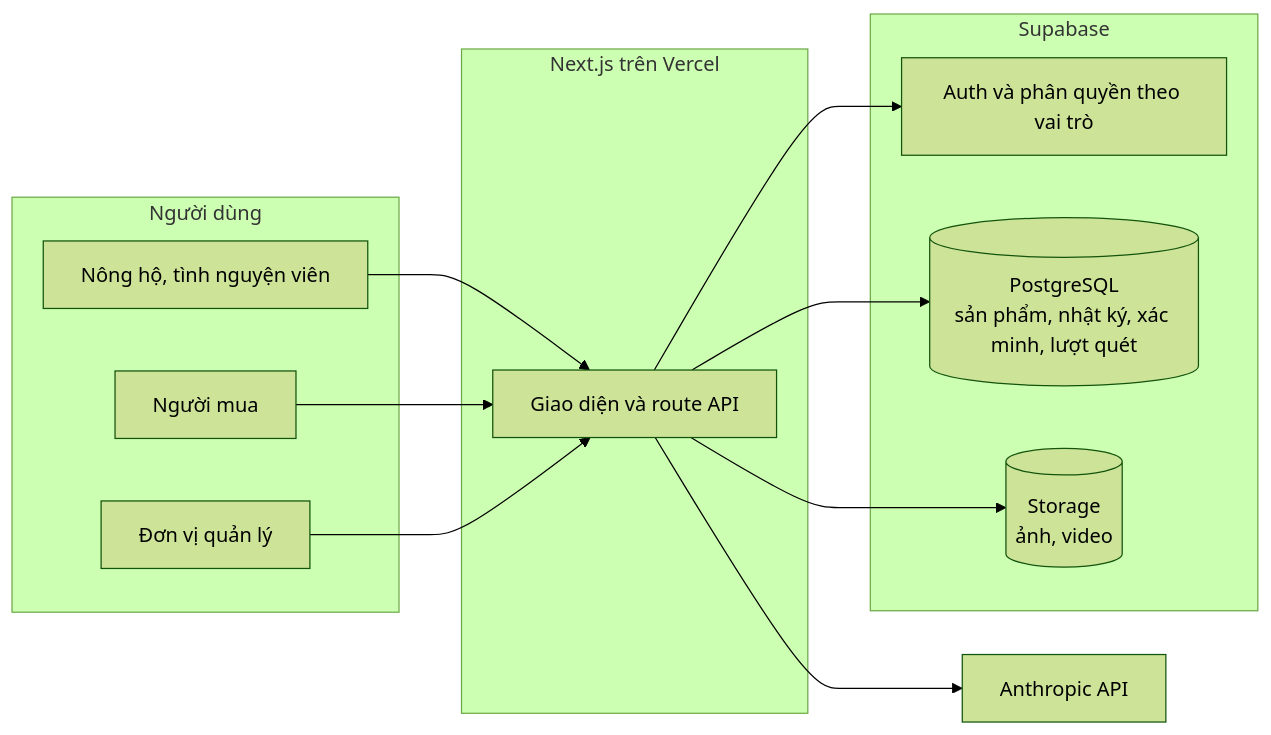
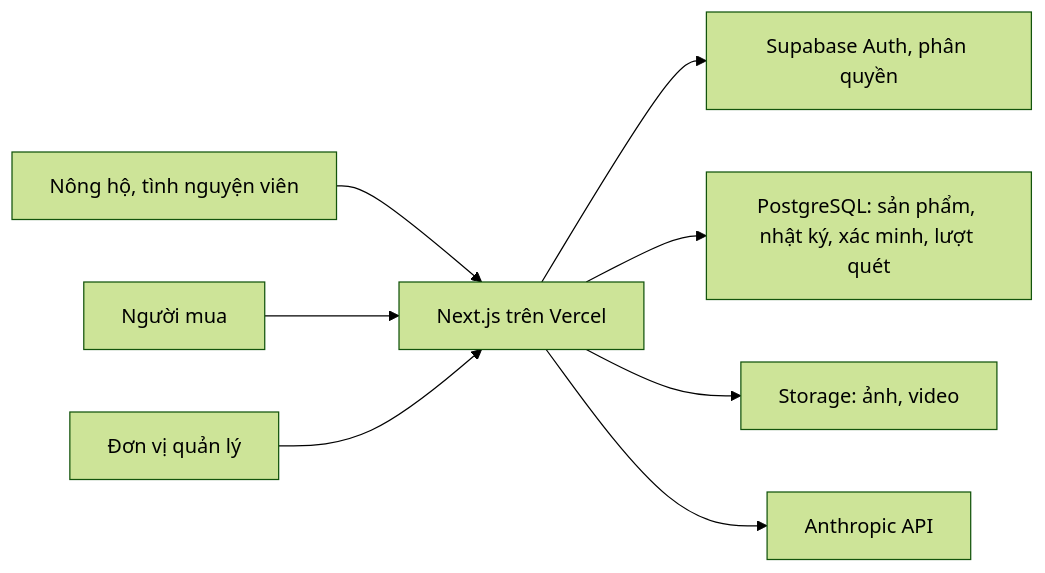
Before and after one commit to thao1123lls-code/ocop-passport: the fifth of 5 diagrams in README.md, drawn with Mermaid (forest theme). The commit also changed other lines of this file, not shown here.

````diff
--- a/README.md
+++ b/README.md
@@ -230,24 +209,10 @@
 ```mermaid
 flowchart LR
-  subgraph CLIENT["Người dùng"]
-    F1["Nông hộ, tình nguyện viên"]
-    F2["Người mua"]
-    F3["Đơn vị quản lý"]
-  end
-  subgraph NEXT["Next.js trên Vercel"]
-    W["Giao diện và route API"]
-  end
-  subgraph SB["Supabase"]
-    AU["Auth và phân quyền theo vai trò"]
-    DB[("PostgreSQL<br/>sản phẩm, nhật ký, xác minh, lượt quét")]
-    SG[("Storage<br/>ảnh, video")]
-  end
-  LLM["Anthropic API"]
-  F1 --> W
-  F2 --> W
-  F3 --> W
-  W --> AU
-  W --> DB
-  W --> SG
-  W --> LLM
+  F1["Nông hộ, tình nguyện viên"] --> W["Next.js trên Vercel"]
+  F2["Người mua"] --> W
+  F3["Đơn vị quản lý"] --> W
+  W --> AU["Supabase Auth, phân quyền"]
+  W --> DB["PostgreSQL: sản phẩm, nhật ký, xác minh, lượt quét"]
+  W --> SG["Storage: ảnh, video"]
+  W --> LLM["Anthropic API"]
 ```
````
